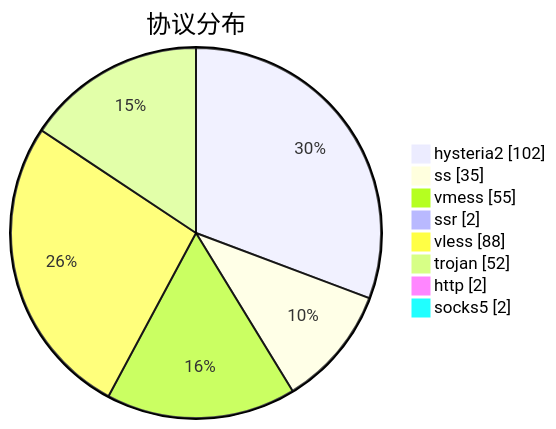
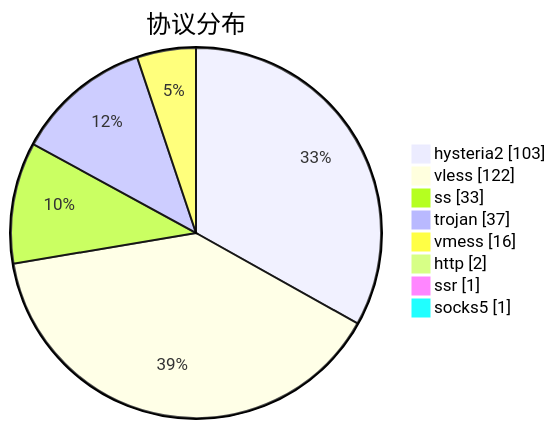
One commit to sinspired/airport changed the third of 3 diagrams in subs/statistics/tested_within.md. Above: the diagram before and after it, drawn with Mermaid. The commit also changed other lines of this file and 2 other files, not shown here.

````diff
--- a/subs/statistics/tested_within.md
+++ b/subs/statistics/tested_within.md
@@ -40,12 +42,12 @@
 ```mermaid
 pie showData
 title 协议分布
-"hysteria2" : 102
-"ss" : 35
-"vmess" : 55
-"ssr" : 2
-"vless" : 88
-"trojan" : 52
+"hysteria2" : 103
+"vless" : 122
+"ss" : 33
+"trojan" : 37
+"vmess" : 16
 "http" : 2
-"socks5" : 2
+"ssr" : 1
+"socks5" : 1
 ```
````
